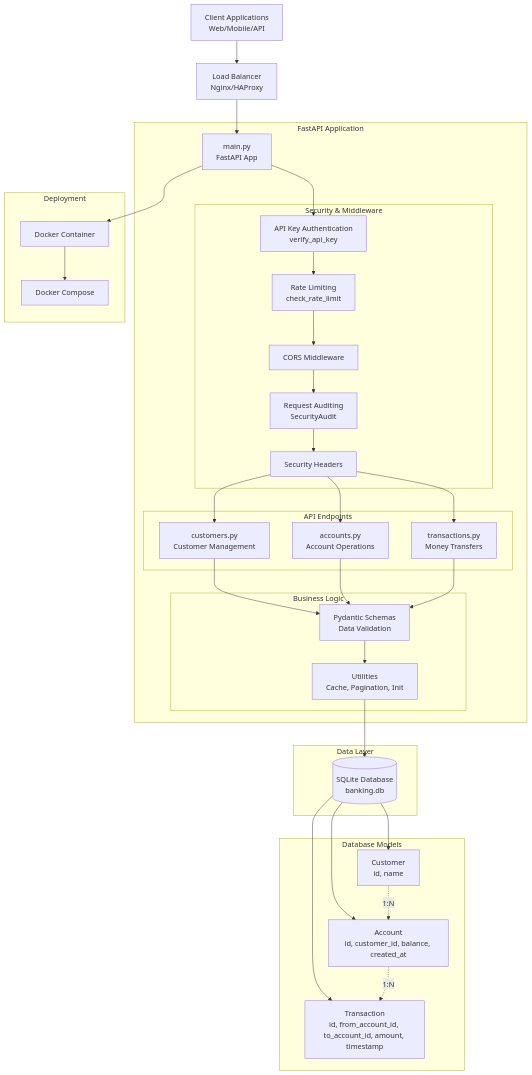
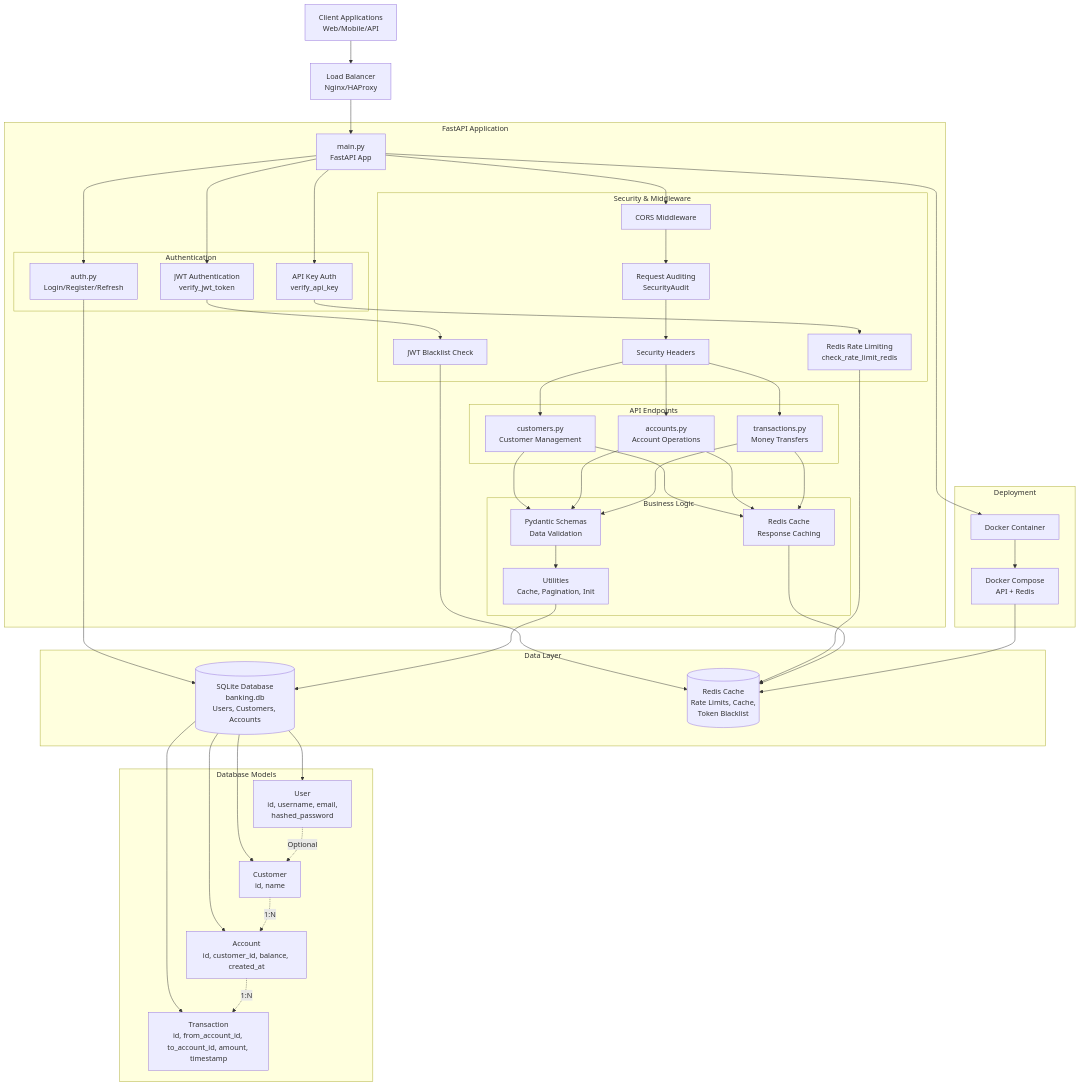
One commit to lixianphys/banking-api changed the first of 2 diagrams in README.md. Above: the diagram before and after it, drawn with Mermaid. The commit also changed other lines of this file and 1 other file, not shown here.

Commit message:
docs: update README files with JWT authentication and Redis caching features

````diff
--- a/README.md
+++ b/README.md
@@ -14,10 +14,17 @@
     subgraph "FastAPI Application"
         Main[main.py<br/>FastAPI App]
         
+        %% Authentication Layer
+        subgraph "Authentication"
+            JWTAuth[JWT Authentication<br/>verify_jwt_token]
+            APIKeyAuth[API Key Auth<br/>verify_api_key]
+            AuthRouter[auth.py<br/>Login/Register/Refresh]
+        end
+        
         %% Security Layer
         subgraph "Security & Middleware"
-            Auth[API Key Authentication<br/>verify_api_key]
-            RateLimit[Rate Limiting<br/>check_rate_limit]
+            RateLimit[Redis Rate Limiting<br/>check_rate_limit_redis]
+            TokenBlacklist[JWT Blacklist Check]
             CORS[CORS Middleware]
             Audit[Request Auditing<br/>SecurityAudit]
             Headers[Security Headers]
@@ -34,16 +41,19 @@
         subgraph "Business Logic"
             Schemas[Pydantic Schemas<br/>Data Validation]
             Utils[Utilities<br/>Cache, Pagination, Init]
+            RedisCache[Redis Cache<br/>Response Caching]
         end
     end
     
     %% Data Layer
     subgraph "Data Layer"
-        DB[(SQLite Database<br/>banking.db)]
+        DB[(SQLite Database<br/>banking.db<br/>Users, Customers, Accounts)]
+        Redis[(Redis Cache<br/>Rate Limits, Cache,<br/>Token Blacklist)]
     end
     
     %% Database Models
     subgraph "Database Models"
+        UserModel[User<br/>id, username, email,<br/>hashed_password]
         CustomerModel[Customer<br/>id, name]
         AccountModel[Account<br/>id, customer_id, balance, created_at]
         TransactionModel[Transaction<br/>id, from_account_id, to_account_id, amount, timestamp]
@@ -52,20 +62,31 @@
     %% Deployment
     subgraph "Deployment"
         Docker[Docker Container]
-        Compose[Docker Compose]
+        Compose[Docker Compose<br/>API + Redis]
     end
     
     %% Connections
     Client --> LB
     LB --> Main
-    Main --> Auth
-    Auth --> RateLimit
-    RateLimit --> CORS
+    Main --> JWTAuth
+    Main --> APIKeyAuth
+    Main --> AuthRouter
+    JWTAuth --> TokenBlacklist
+    TokenBlacklist --> Redis
+    APIKeyAuth --> RateLimit
+    RateLimit --> Redis
+    AuthRouter --> DB
+    Main --> CORS
     CORS --> Audit
     Audit --> Headers
     Headers --> CustomerAPI
     Headers --> AccountAPI
     Headers --> TransactionAPI
+    
+    CustomerAPI --> RedisCache
+    AccountAPI --> RedisCache
+    TransactionAPI --> RedisCache
+    RedisCache --> Redis
     
     CustomerAPI --> Schemas
     AccountAPI --> Schemas
@@ -74,13 +95,16 @@
     Schemas --> Utils
     Utils --> DB
     
+    DB --> UserModel
     DB --> CustomerModel
     DB --> AccountModel
     DB --> TransactionModel
     
+    UserModel -.->|Optional| CustomerModel
     CustomerModel -.->|1:N| AccountModel
     AccountModel -.->|1:N| TransactionModel
     
     Main --> Docker
     Docker --> Compose
+    Compose --> Redis
 ```
````
